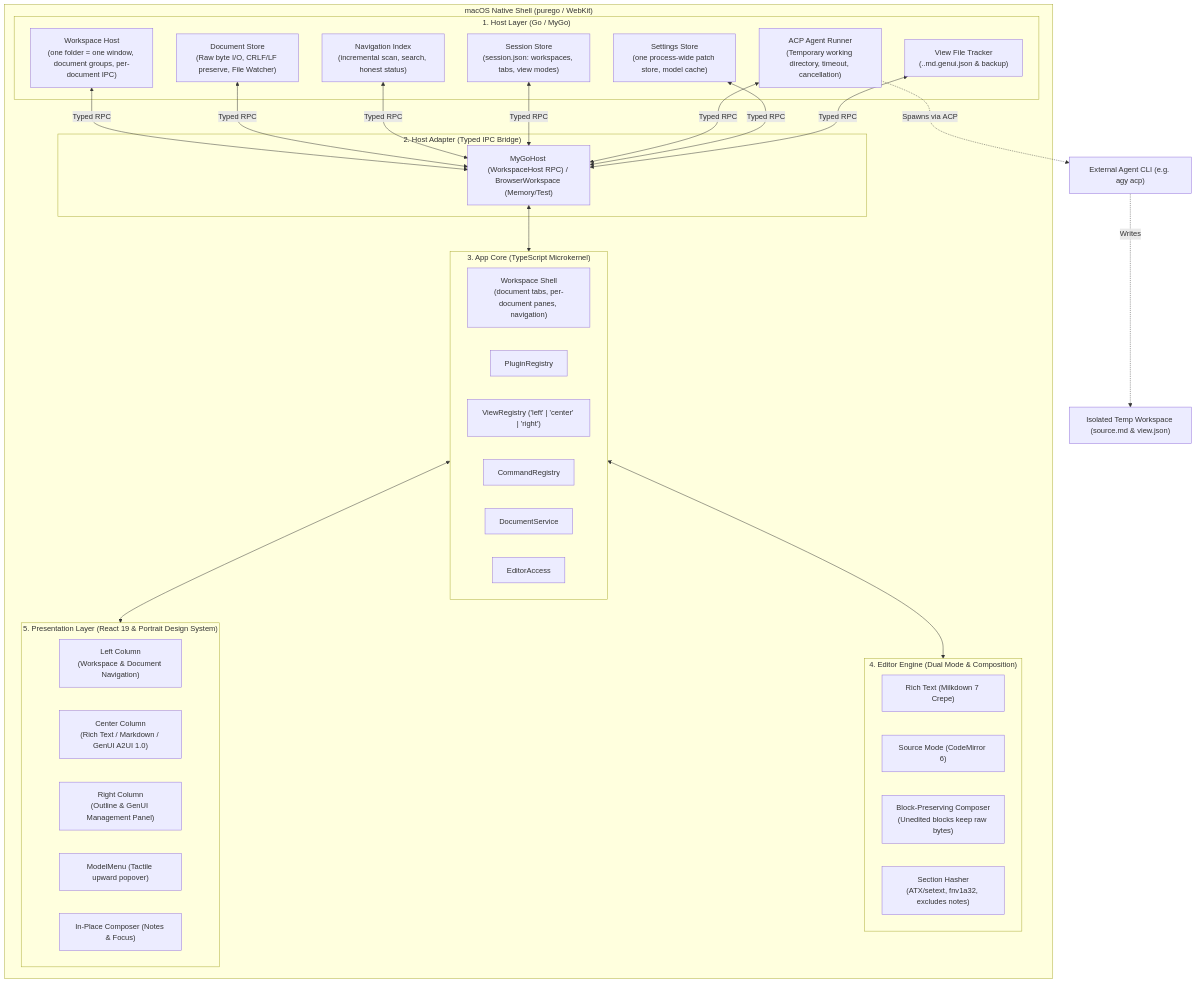
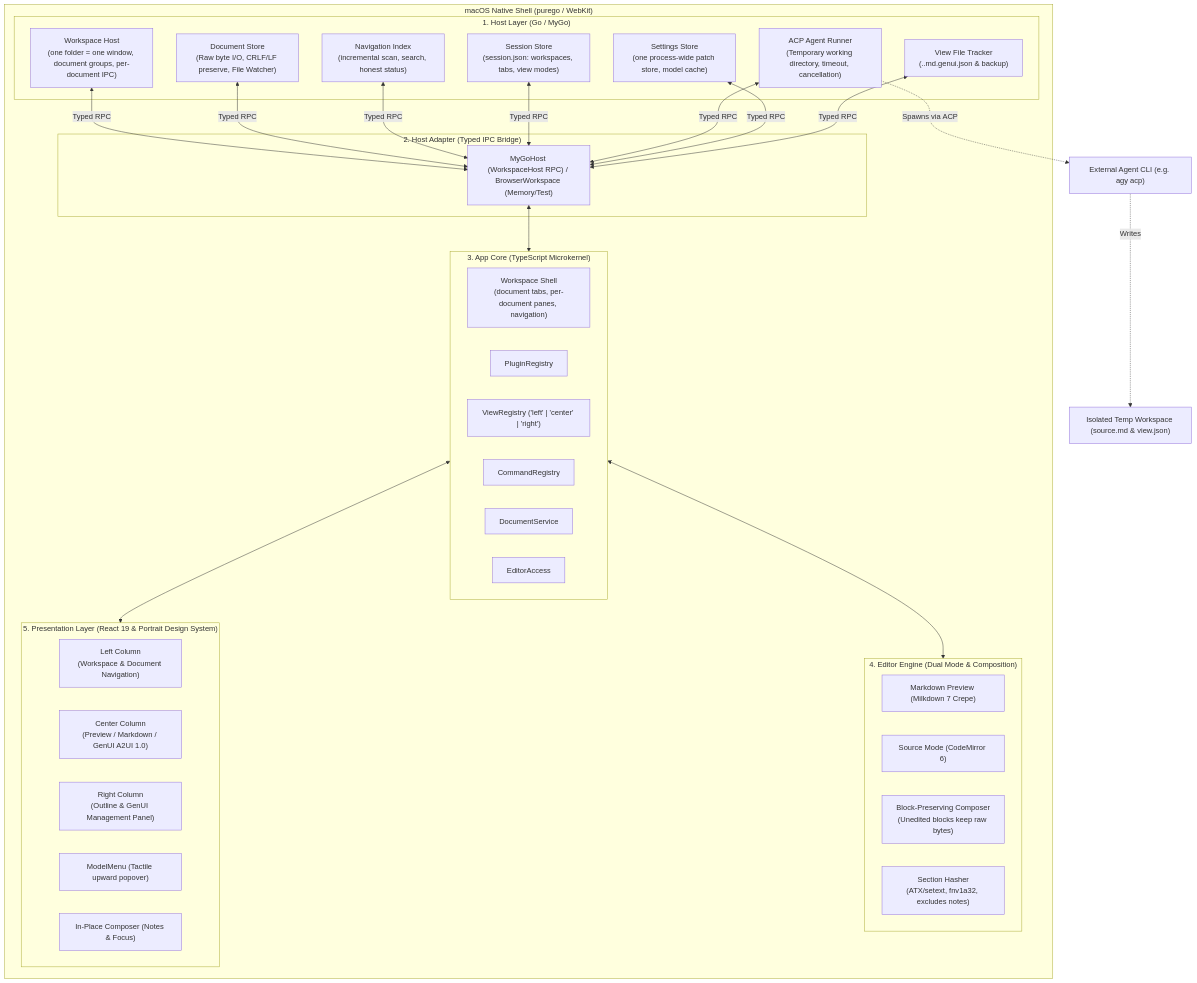
The first of 2 diagrams in ARCHITECTURE.md (Bayern99/mark-go-go), drawn with Mermaid before and after one commit. The commit also changed other lines of this file and 47 other files, not shown here.

Commit message:
Rename the editable view to Markdown Preview

````diff
--- a/ARCHITECTURE.md
+++ b/ARCHITECTURE.md
@@ -14,57 +14,57 @@
 ```mermaid
 graph TD
     subgraph macOmerS Desktop ["macOS Native Shell (purego / WebKit)"]
         subgraph HostLayer ["1. Host Layer (Go / MyGo)"]
             Workspaces["Workspace Host<br/>(one folder = one window, document groups, per-document IPC)"]
             DocStore["Document Store<br/>(Raw byte I/O, CRLF/LF preserve, File Watcher)"]
             NavIndex["Navigation Index<br/>(incremental scan, search, honest status)"]
             SessionStore["Session Store<br/>(session.json: workspaces, tabs, view modes)"]
             AgentRunner["ACP Agent Runner<br/>(Temporary working directory, timeout, cancellation)"]
             SettingsStore["Settings Store<br/>(one process-wide patch store, model cache)"]
             ViewTracker["View File Tracker<br/>(.<doc>.md.genui.json & backup)"]
         end
 
         subgraph IPC ["2. Host Adapter (Typed IPC Bridge)"]
             MyGoHost["MyGoHost (WorkspaceHost RPC) / BrowserWorkspace (Memory/Test)"]
         end
 
         subgraph CoreLayer ["3. App Core (TypeScript Microkernel)"]
             Shell["Workspace Shell<br/>(document tabs, per-document panes, navigation)"]
             PluginReg["PluginRegistry"]
             ViewReg["ViewRegistry ('left' | 'center' | 'right')"]
             CmdReg["CommandRegistry"]
             DocSvc["DocumentService"]
             EditorAccess["EditorAccess"]
         end
 
         subgraph EditorLayer ["4. Editor Engine (Dual Mode & Composition)"]
-            WYSIWYG["Rich Text (Milkdown 7 Crepe)"]
+            Preview["Markdown Preview (Milkdown 7 Crepe)"]
             Source["Source Mode (CodeMirror 6)"]
             Compose["Block-Preserving Composer<br/>(Unedited blocks keep raw bytes)"]
             SectionHash["Section Hasher<br/>(ATX/setext, fnv1a32, excludes notes)"]
         end
 
         subgraph UILayer ["5. Presentation Layer (React 19 & Portrait Design System)"]
             LeftCol["Left Column<br/>(Workspace & Document Navigation)"]
-            CenterCol["Center Column<br/>(Rich Text / Markdown / GenUI A2UI 1.0)"]
+            CenterCol["Center Column<br/>(Preview / Markdown / GenUI A2UI 1.0)"]
             RightCol["Right Column<br/>(Outline & GenUI Management Panel)"]
             ModelMenu["ModelMenu (Tactile upward popover)"]
             Composer["In-Place Composer (Notes & Focus)"]
         end
     end
 
     Workspaces <-->|Typed RPC| MyGoHost
     DocStore <-->|Typed RPC| MyGoHost
     NavIndex <-->|Typed RPC| MyGoHost
     SessionStore <-->|Typed RPC| MyGoHost
     AgentRunner <-->|Typed RPC| MyGoHost
     SettingsStore <-->|Typed RPC| MyGoHost
     ViewTracker <-->|Typed RPC| MyGoHost
 
     MyGoHost <--> CoreLayer
     CoreLayer <--> EditorLayer
     CoreLayer <--> UILayer
 
     AgentRunner -.->|Spawns via ACP| ExternalAgent["External Agent CLI (e.g. agy acp)"]
     ExternalAgent -.->|Writes| IsolatedWorkspace["Isolated Temp Workspace (source.md & view.json)"]
 ```
````
